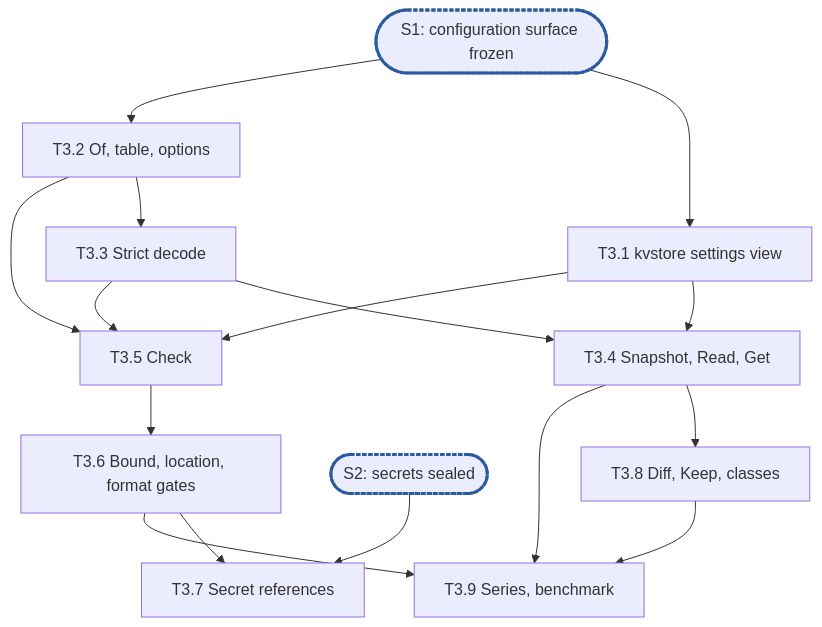
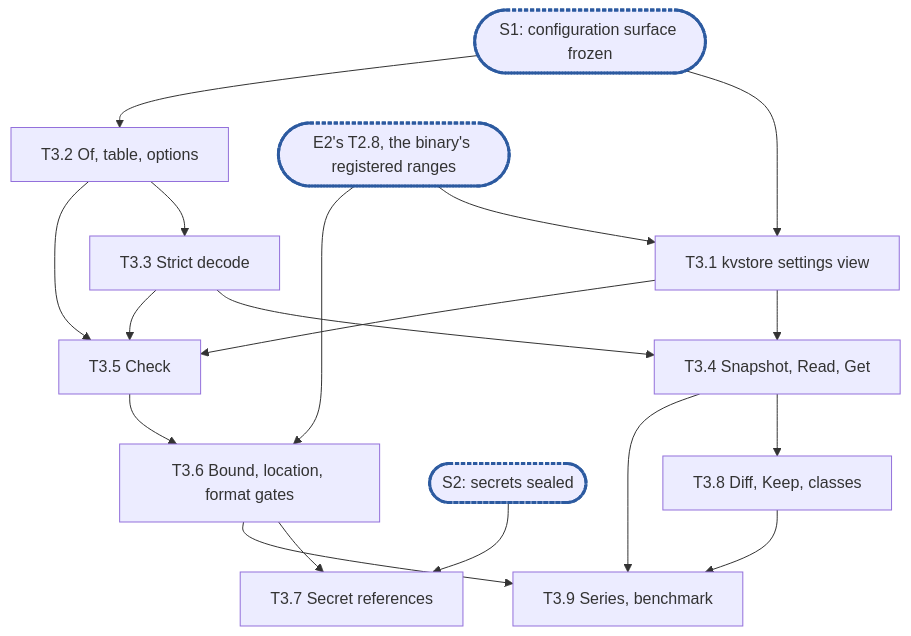
One commit to cubbit/dittofs changed the diagram in docs/internals/planning/rfc-13-config-epic3.md. Above: the diagram before and after it, drawn with Mermaid. The commit also changed other lines of this file, not shown here.

````diff
--- a/docs/internals/planning/rfc-13-config-epic3.md
+++ b/docs/internals/planning/rfc-13-config-epic3.md
@@ -427,14 +485,16 @@
 ```mermaid
 flowchart TD
   S1(["S1: configuration surface frozen"]):::sync --> T3_1["T3.1 kvstore settings view"]
   S1 --> T3_2["T3.2 Of, table, options"]
+  T2_8(["E2's T2.8, the binary's registered ranges"]):::sync --> T3_1
+  T2_8 --> T3_6
   T3_2 --> T3_3["T3.3 Strict decode"]
   T3_1 & T3_3 --> T3_4["T3.4 Snapshot, Read, Get"]
   T3_1 & T3_2 & T3_3 --> T3_5["T3.5 Check"]
   T3_5 --> T3_6["T3.6 Bound, location, format gates"]
   S2(["S2: secrets sealed"]):::sync --> T3_7["T3.7 Secret references"]
   T3_6 --> T3_7
   T3_4 --> T3_8["T3.8 Diff, Keep, classes"]
   T3_4 & T3_6 & T3_8 --> T3_9["T3.9 Series, benchmark"]
   classDef sync stroke:#2c5aa0,stroke-width:3px,stroke-dasharray:4 2
 ```
````
